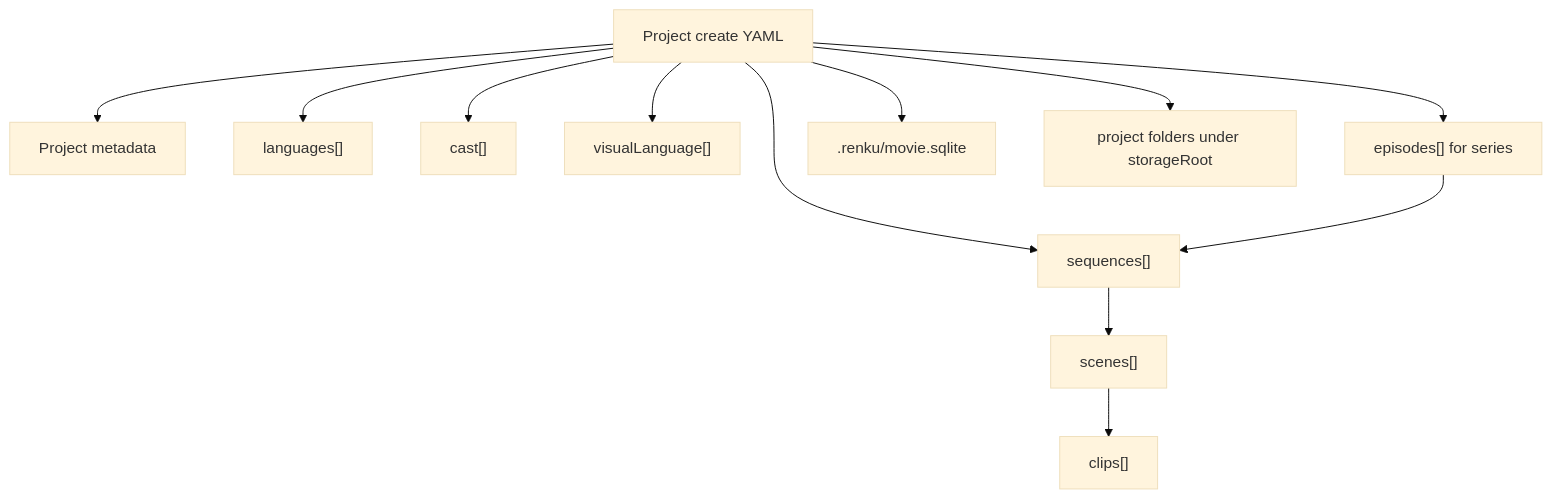
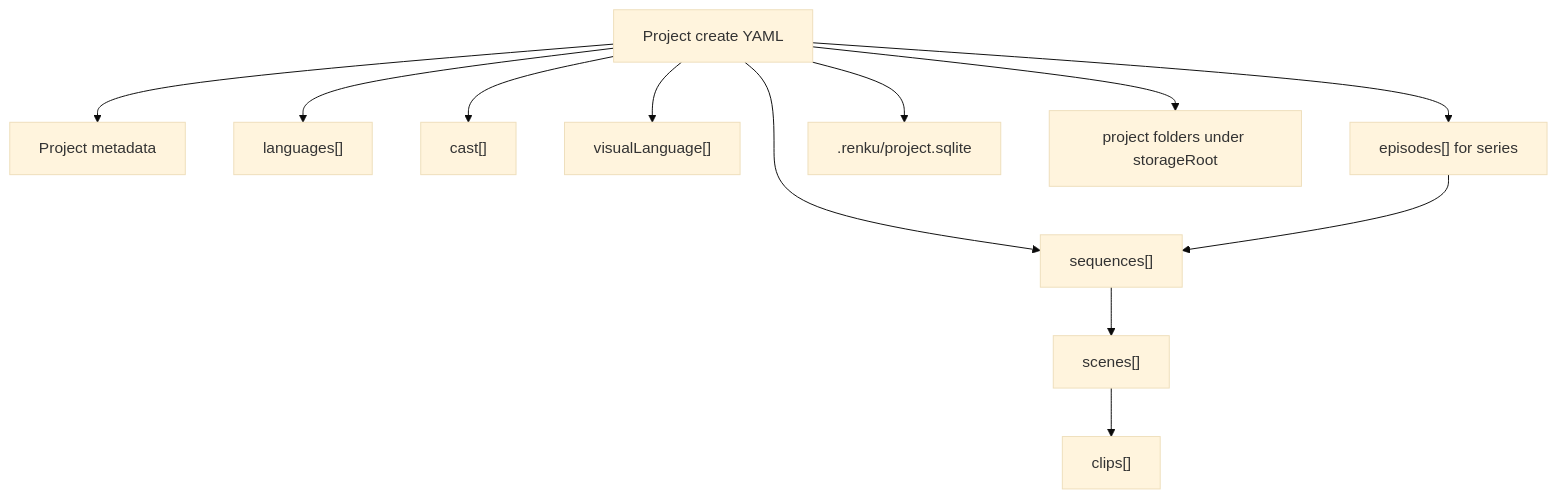
The diagram in docs/architecture/project-create-from-yaml.md (GoRenku/studio), drawn with Mermaid (base theme) before and after one commit. The commit also changed other lines of this file and 76 other files, not shown here.

Commit message:
feat: create a project from a YAML file. This also first time sets up the sqlite/drizzle system, migrations, data layer etc.

````diff
--- a/docs/architecture/project-create-from-yaml.md
+++ b/docs/architecture/project-create-from-yaml.md
@@ -219,26 +218,26 @@
 ```mermaid
 flowchart TD
   CreateYaml["Project create YAML"]
   Project["Project metadata"]
   Languages["languages[]"]
   Cast["cast[]"]
   VisualLanguage["visualLanguage[]"]
   Episodes["episodes[] for series"]
   Sequences["sequences[]"]
   Scenes["scenes[]"]
   Clips["clips[]"]
-  SQLite[".renku/movie.sqlite"]
+  SQLite[".renku/project.sqlite"]
   Folders["project folders under storageRoot"]
 
   CreateYaml --> Project
   CreateYaml --> Languages
   CreateYaml --> Cast
   CreateYaml --> VisualLanguage
   CreateYaml --> Episodes
   CreateYaml --> Sequences
   Episodes --> Sequences
   Sequences --> Scenes
   Scenes --> Clips
   CreateYaml --> SQLite
   CreateYaml --> Folders
 ```
````
